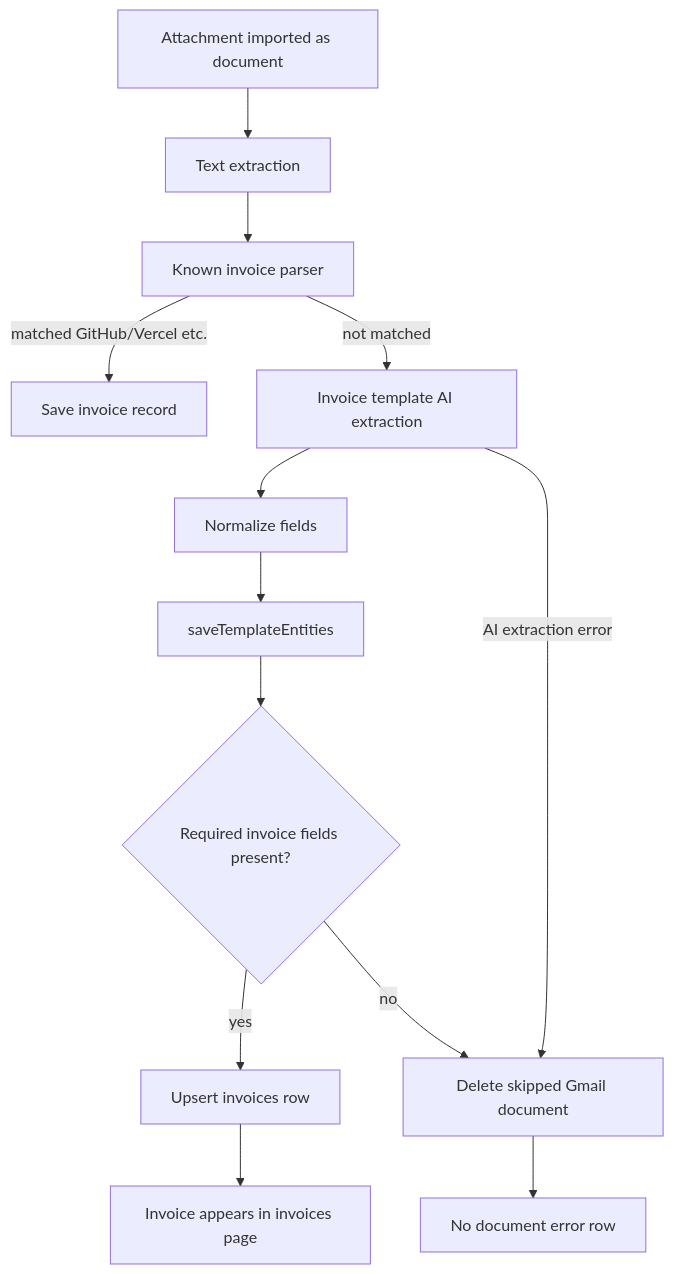
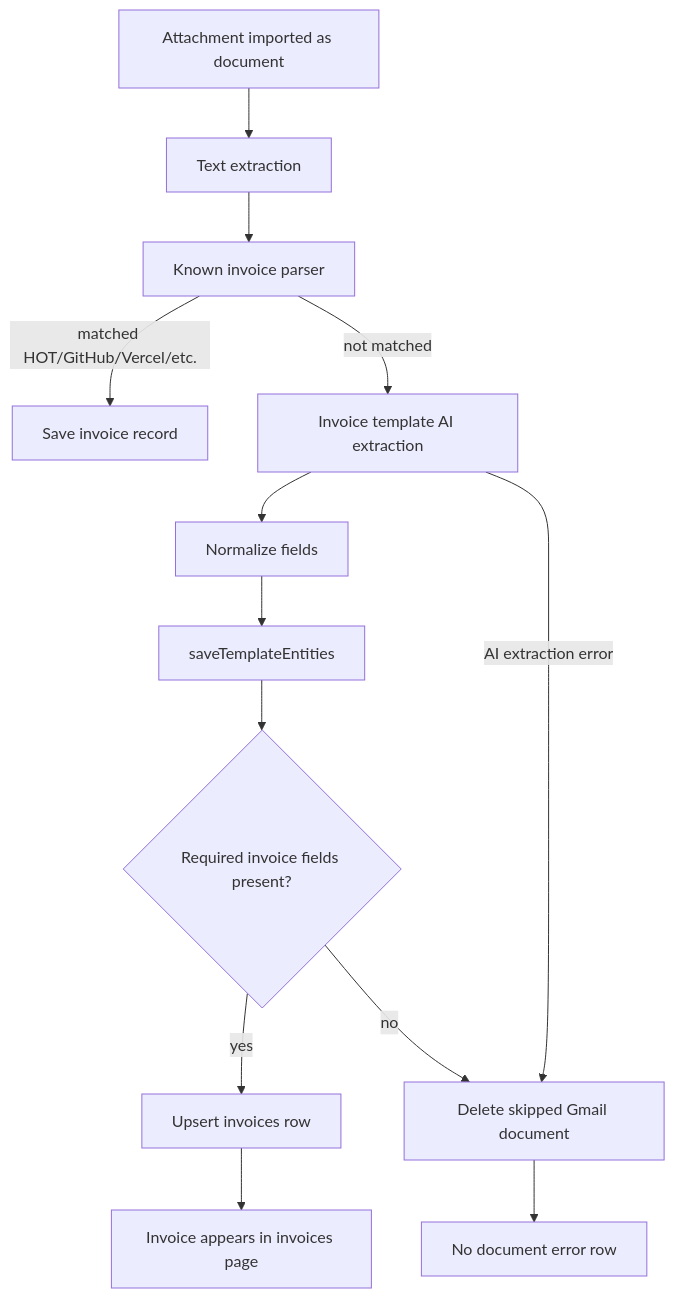
One commit to arshavskiy/Reminder changed the third of 4 diagrams in docs/GMAIL_INVOICE_IMPORT_FLOW.md. Above: the diagram before and after it, drawn with Mermaid. The commit also changed other lines of this file and 15 other files, not shown here.

````diff
--- a/docs/GMAIL_INVOICE_IMPORT_FLOW.md
+++ b/docs/GMAIL_INVOICE_IMPORT_FLOW.md
@@ -150,15 +414,15 @@
 ```mermaid
 flowchart TD
   A[Attachment imported as document] --> B[Text extraction]
   B --> C[Known invoice parser]
-  C -->|matched GitHub/Vercel etc.| D[Save invoice record]
+  C -->|matched HOT/GitHub/Vercel/etc.| D[Save invoice record]
   C -->|not matched| E[Invoice template AI extraction]
   E --> F[Normalize fields]
   F --> G[saveTemplateEntities]
   G --> H{Required invoice fields present?}
   H -->|yes| I[Upsert invoices row]
   H -->|no| J[Delete skipped Gmail document]
   E -->|AI extraction error| J
   I --> K[Invoice appears in invoices page]
   J --> L[No document error row]
 ```
````
